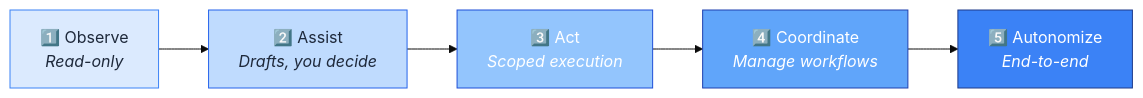
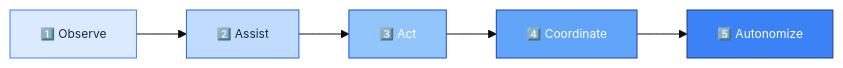
Before and after one commit to fredgis/OfficeAddin: the fifth of 7 diagrams in prez/presentation.md, drawn with Mermaid. The commit also changed other lines of this file and 2 other files, not shown here.

````diff
--- a/prez/presentation.md
+++ b/prez/presentation.md
@@ -690,14 +620,11 @@
 ```mermaid
-%%{init: {'theme': 'base'}}%%
+%%{init: {'theme': 'base', 'themeVariables': {'fontSize': '12px'}}}%%
 graph LR
-    O["1️⃣ Observe<br/><i>Read-only</i>"] --> A["2️⃣ Assist<br/><i>Drafts, you decide</i>"]
-    A --> Act["3️⃣ Act<br/><i>Scoped execution</i>"]
-    Act --> C["4️⃣ Coordinate<br/><i>Manage workflows</i>"]
-    C --> Auto["5️⃣ Autonomize<br/><i>End-to-end</i>"]
+    O["1️⃣ Observe"] --> A["2️⃣ Assist"] --> Act["3️⃣ Act"] --> C["4️⃣ Coordinate"] --> Auto["5️⃣ Autonomize"]
 
     style O fill:#dbeafe,stroke:#3b82f6,color:#1e293b
     style A fill:#bfdbfe,stroke:#2563eb,color:#1e293b
     style Act fill:#93c5fd,stroke:#1d4ed8,color:#fff
     style C fill:#60a5fa,stroke:#1e40af,color:#fff
     style Auto fill:#3b82f6,stroke:#1e3a8a,color:#fff
 ```
````
